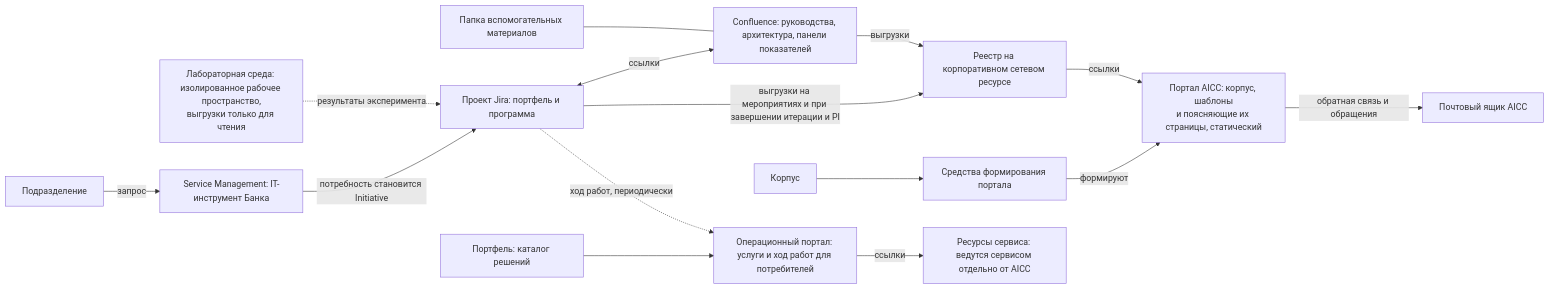
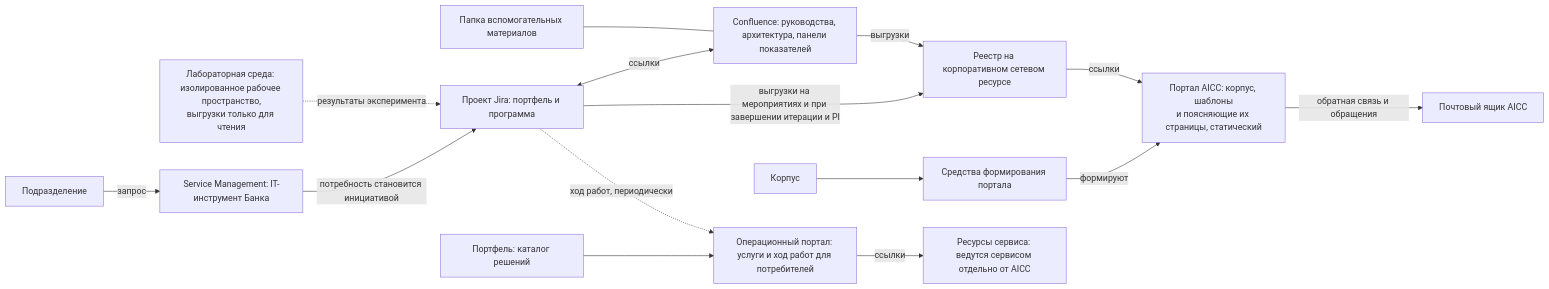
The diagram in charter/ru/workflows/collaboration-tooling.md (devhogu/ob-aicc), drawn with Mermaid before and after one commit. The commit also changed other lines of this file and 150 other files, not shown here.

````diff
--- a/charter/ru/workflows/collaboration-tooling.md
+++ b/charter/ru/workflows/collaboration-tooling.md
@@ -17,17 +17,17 @@
 ```mermaid
 flowchart LR
   F["Подразделение"] -->|"запрос"| SM["Service Management: IT-инструмент Банка"]
-  SM -->|"потребность становится Initiative"| J["Проект Jira: портфель и программа"]
+  SM -->|"потребность становится инициативой"| J["Проект Jira: портфель и программа"]
   J <-->|"ссылки"| C["Confluence: руководства, архитектура, панели показателей"]
   K["Папка вспомогательных материалов"] --- C
   J -->|"выгрузки на мероприятиях и при завершении итерации и PI"| R["Реестр на корпоративном сетевом ресурсе"]
   C -->|"выгрузки"| R
   CH["Корпус"] --> PT["Средства формирования портала"]
   PT -->|"формируют"| AP["Портал AICC: корпус, шаблоны<br/>и поясняющие их страницы, статический"]
   R -->|"ссылки"| AP
   AP -->|"обратная связь и обращения"| MB["Почтовый ящик AICC"]
   LB["Лабораторная среда: изолированное рабочее пространство,<br/>выгрузки только для чтения"] -.->|"результаты эксперимента"| J
   P["Портфель: каталог решений"] --> OP["Операционный портал: услуги и ход работ для потребителей"]
   J -.->|"ход работ, периодически"| OP
   OP -->|"ссылки"| SP["Ресурсы сервиса: ведутся сервисом отдельно от AICC"]
 ```
````
